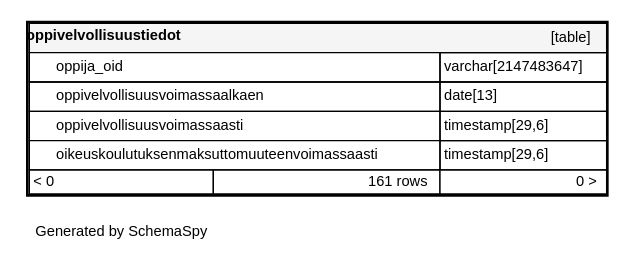
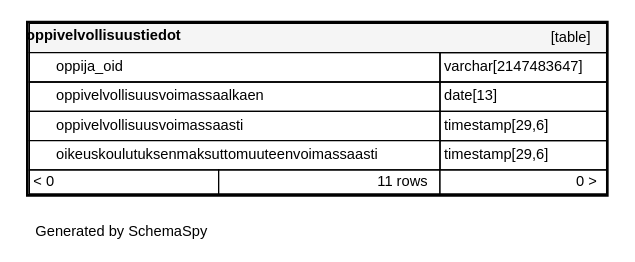
The diagram in documentation/tietokantaskeemat/koski-raportointikanta/diagrams/tables/oppivelvollisuustiedot.1degree.dot (Opetushallitus/koski), drawn with Graphviz before and after one commit. The commit also changed 168 other files, not shown here.

```diff
--- a/documentation/tietokantaskeemat/koski-raportointikanta/diagrams/tables/oppivelvollisuustiedot.1degree.dot
+++ b/documentation/tietokantaskeemat/koski-raportointikanta/diagrams/tables/oppivelvollisuustiedot.1degree.dot
@@ -1,17 +1,17 @@
 digraph "oneDegreeRelationshipsDiagram" {
   graph [    rankdir="RL"    bgcolor="#ffffff"    label="\nGenerated by SchemaSpy"    labeljust="l"    nodesep="0.18"    ranksep="0.46"    fontname="Helvetica"    fontsize="11"    ration="compress"  ];  node [    fontname="Helvetica"    fontsize="11"    shape="plaintext"  ];  edge [    arrowsize="0.8"  ];
   "oppivelvollisuustiedot" [
    label=<
     <TABLE BORDER="2" CELLBORDER="1" CELLSPACING="0" BGCOLOR="#ffffff">
       <TR><TD COLSPAN="4"  BGCOLOR="#f5f5f5"><TABLE BORDER="0" CELLSPACING="0"><TR><TD ALIGN="LEFT" FIXEDSIZE="TRUE" WIDTH="126" HEIGHT="16"><B>oppivelvollisuustiedot</B></TD><TD ALIGN="RIGHT">[table]</TD></TR></TABLE></TD></TR>
       <TR><TD PORT="oppija_oid" COLSPAN="2" BGCOLOR="#ffffff" ALIGN="LEFT"><TABLE BORDER="0" CELLSPACING="0" ALIGN="LEFT"><TR ALIGN="LEFT"><TD ALIGN="LEFT" FIXEDSIZE="TRUE" WIDTH="15" HEIGHT="16"></TD><TD ALIGN="LEFT" FIXEDSIZE="TRUE" WIDTH="287" HEIGHT="16">oppija_oid</TD></TR></TABLE></TD><TD PORT="oppija_oid.type" ALIGN="LEFT">varchar[2147483647]</TD></TR>
       <TR><TD PORT="oppivelvollisuusvoimassaalkaen" COLSPAN="2" ALIGN="LEFT"><TABLE BORDER="0" CELLSPACING="0" ALIGN="LEFT"><TR ALIGN="LEFT"><TD ALIGN="LEFT" FIXEDSIZE="TRUE" WIDTH="15" HEIGHT="16"></TD><TD ALIGN="LEFT" FIXEDSIZE="TRUE" WIDTH="287" HEIGHT="16">oppivelvollisuusvoimassaalkaen</TD></TR></TABLE></TD><TD PORT="oppivelvollisuusvoimassaalkaen.type" ALIGN="LEFT">date[13]</TD></TR>
       <TR><TD PORT="oppivelvollisuusvoimassaasti" COLSPAN="2" BGCOLOR="#ffffff" ALIGN="LEFT"><TABLE BORDER="0" CELLSPACING="0" ALIGN="LEFT"><TR ALIGN="LEFT"><TD ALIGN="LEFT" FIXEDSIZE="TRUE" WIDTH="15" HEIGHT="16"></TD><TD ALIGN="LEFT" FIXEDSIZE="TRUE" WIDTH="287" HEIGHT="16">oppivelvollisuusvoimassaasti</TD></TR></TABLE></TD><TD PORT="oppivelvollisuusvoimassaasti.type" ALIGN="LEFT">timestamp[29,6]</TD></TR>
       <TR><TD PORT="oikeuskoulutuksenmaksuttomuuteenvoimassaasti" COLSPAN="2" BGCOLOR="#ffffff" ALIGN="LEFT"><TABLE BORDER="0" CELLSPACING="0" ALIGN="LEFT"><TR ALIGN="LEFT"><TD ALIGN="LEFT" FIXEDSIZE="TRUE" WIDTH="15" HEIGHT="16"></TD><TD ALIGN="LEFT" FIXEDSIZE="TRUE" WIDTH="287" HEIGHT="16">oikeuskoulutuksenmaksuttomuuteenvoimassaasti</TD></TR></TABLE></TD><TD PORT="oikeuskoulutuksenmaksuttomuuteenvoimassaasti.type" ALIGN="LEFT">timestamp[29,6]</TD></TR>
-      <TR><TD ALIGN="LEFT" BGCOLOR="#ffffff">&lt; 0</TD><TD ALIGN="RIGHT" BGCOLOR="#ffffff">161 rows</TD><TD ALIGN="RIGHT" BGCOLOR="#ffffff">0 &gt;</TD></TR>
+      <TR><TD ALIGN="LEFT" BGCOLOR="#ffffff">&lt; 0</TD><TD ALIGN="RIGHT" BGCOLOR="#ffffff">11 rows</TD><TD ALIGN="RIGHT" BGCOLOR="#ffffff">0 &gt;</TD></TR>
     </TABLE>>
     URL="../../tables/oppivelvollisuustiedot.html"
     target="_top"
     tooltip="oppivelvollisuustiedot"
   ];
 }
```
